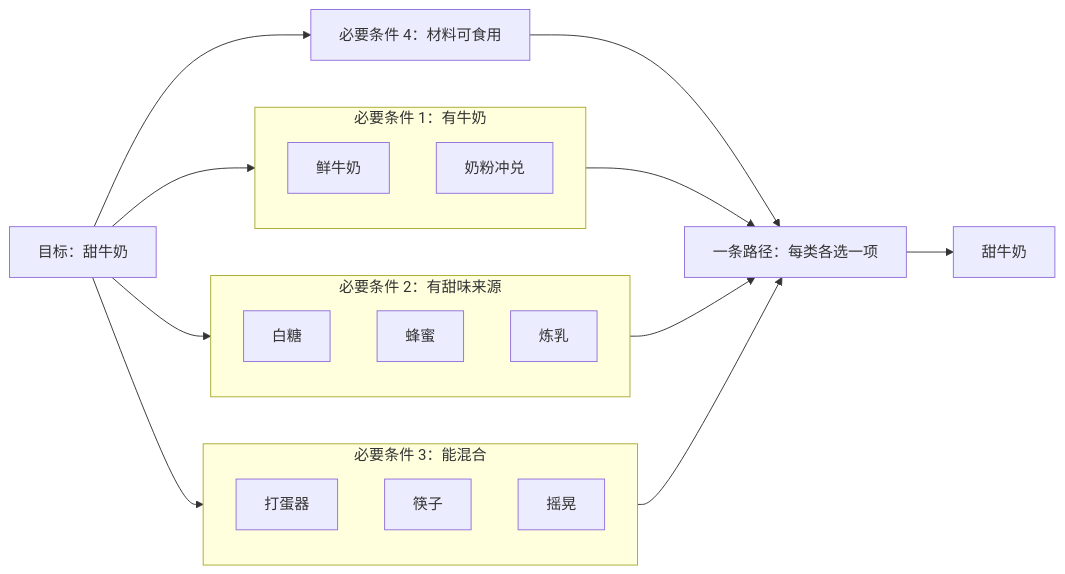
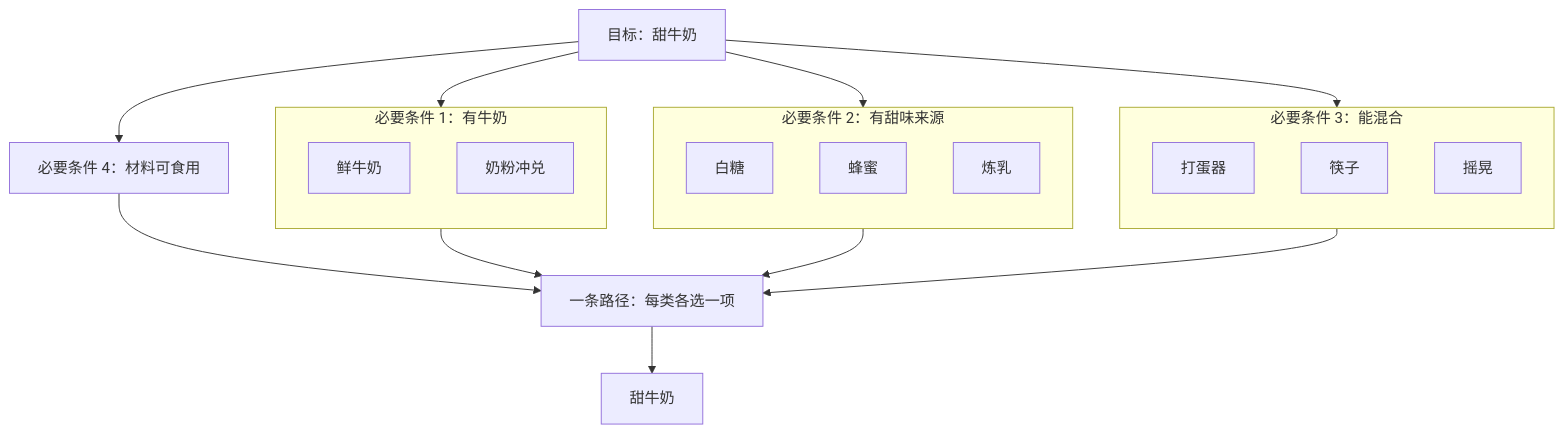
The second of 2 diagrams in docs/GOAL.md (morewhyhan/Ignite), drawn with Mermaid before and after one commit. The commit also changed 1 other file, not shown here.

Commit message:
docs: turn the milk example vertical

````diff
--- a/docs/GOAL.md
+++ b/docs/GOAL.md
@@ -154,31 +154,31 @@
 ```mermaid
-flowchart LR
+flowchart TD
   G["目标：甜牛奶"]
   subgraph C1["必要条件 1：有牛奶"]
     direction TB
     C1a["鲜牛奶"]
     C1b["奶粉冲兑"]
   end
   subgraph C2["必要条件 2：有甜味来源"]
     direction TB
     C2a["白糖"]
     C2b["蜂蜜"]
     C2c["炼乳"]
   end
   subgraph C3["必要条件 3：能混合"]
     direction TB
     C3a["打蛋器"]
     C3b["筷子"]
     C3c["摇晃"]
   end
   C4["必要条件 4：材料可食用"]
   G --> C1
   G --> C2
   G --> C3
   G --> C4
   C1 --> P["一条路径：每类各选一项"]
   C2 --> P
   C3 --> P
   C4 --> P
   P --> R["甜牛奶"]
 ```
````
